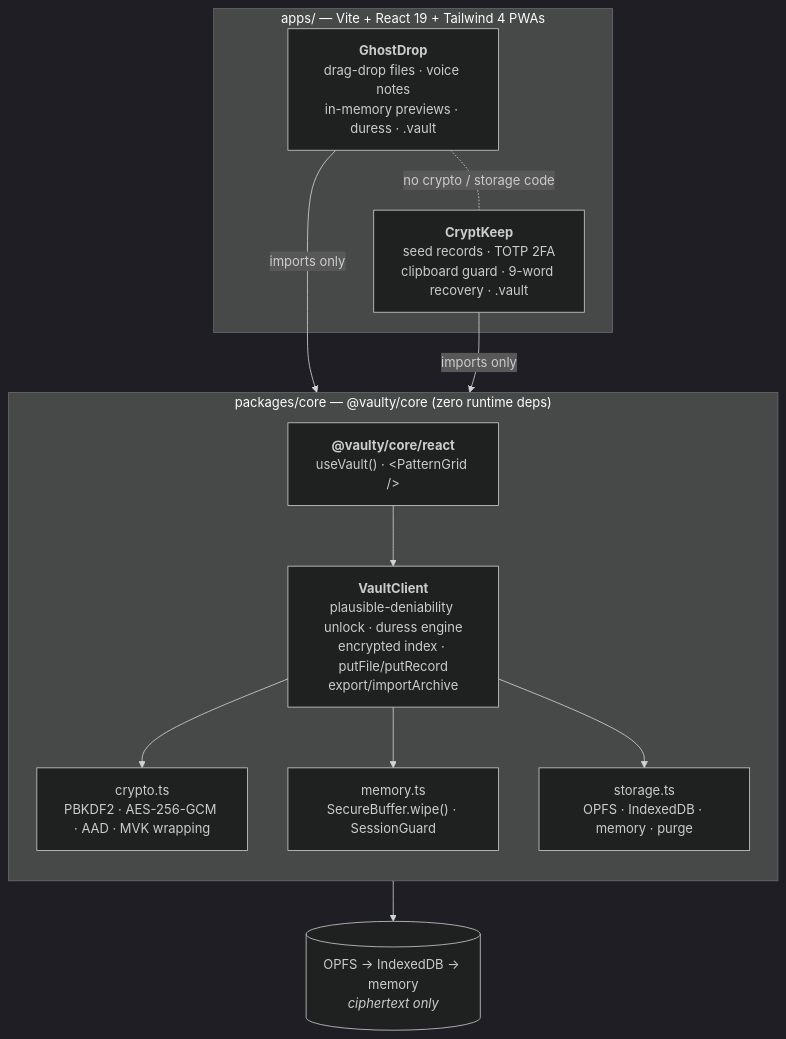
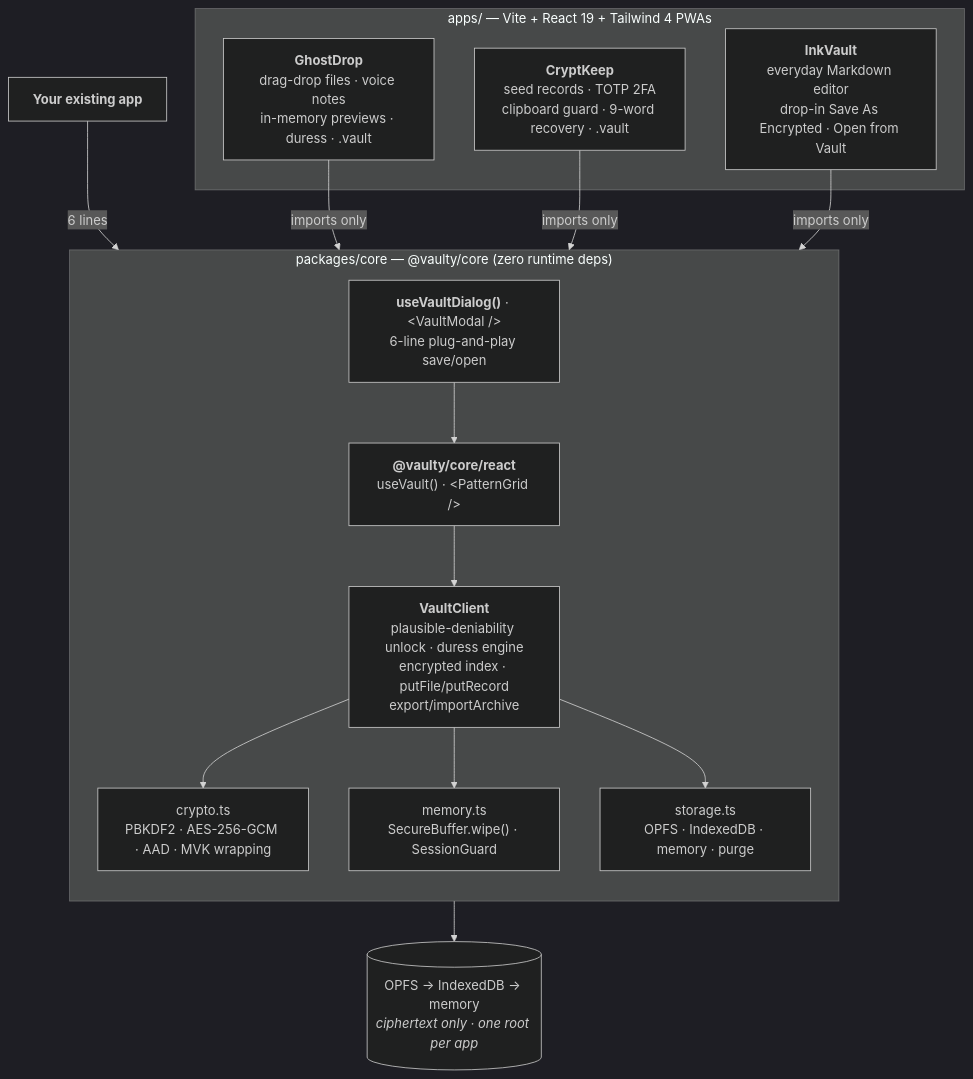
One commit to isgudtek/vaulty-skeleton changed the diagram in README.md. Above: the diagram before and after it, drawn with Mermaid (dark theme). The commit also changed other lines of this file and 58 other files, not shown here.

First line of the commit message:
feat: InkVault, useVaultDialog plug-and-play SDK, GitHub Pages deployment

````diff
--- a/README.md
+++ b/README.md
@@ -40,24 +58,27 @@
 ```mermaid
 flowchart TB
   subgraph apps["apps/ — Vite + React 19 + Tailwind 4 PWAs"]
     GD["<b>GhostDrop</b><br/>drag-drop files · voice notes<br/>in-memory previews · duress · .vault"]
     CK["<b>CryptKeep</b><br/>seed records · TOTP 2FA<br/>clipboard guard · 9-word recovery · .vault"]
+    IV["<b>InkVault</b><br/>everyday Markdown editor<br/>drop-in Save As Encrypted · Open from Vault"]
   end
 
   subgraph core["packages/core — @vaulty/core (zero runtime deps)"]
     direction TB
+    DL["<b>useVaultDialog()</b> · &lt;VaultModal /&gt;<br/>6-line plug-and-play save/open"]
     RE["<b>@vaulty/core/react</b><br/>useVault() · &lt;PatternGrid /&gt;"]
     VC["<b>VaultClient</b><br/>plausible-deniability unlock · duress engine<br/>encrypted index · putFile/putRecord<br/>export/importArchive"]
     CR["crypto.ts<br/>PBKDF2 · AES-256-GCM · AAD · MVK wrapping"]
     ME["memory.ts<br/>SecureBuffer.wipe() · SessionGuard"]
     ST["storage.ts<br/>OPFS · IndexedDB · memory · purge"]
-    RE --> VC --> CR
+    DL --> RE --> VC --> CR
     VC --> ME
     VC --> ST
   end
 
+  YOU["<b>Your existing app</b>"] -- "6 lines" --> DL
   GD -- "imports only" --> RE
   CK -- "imports only" --> RE
-  ST --> DISK[("OPFS → IndexedDB → memory<br/><i>ciphertext only</i>")]
-  GD -. "no crypto / storage code" .- CK
+  IV -- "imports only" --> RE
+  ST --> DISK[("OPFS → IndexedDB → memory<br/><i>ciphertext only · one root per app</i>")]
 ```
````
